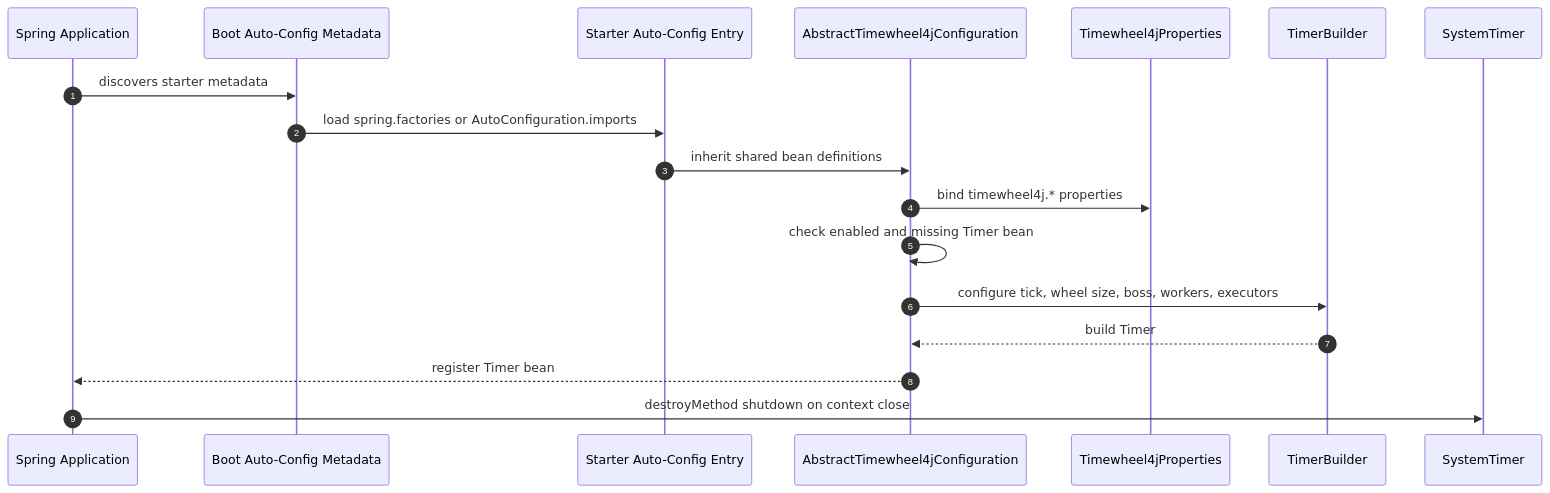
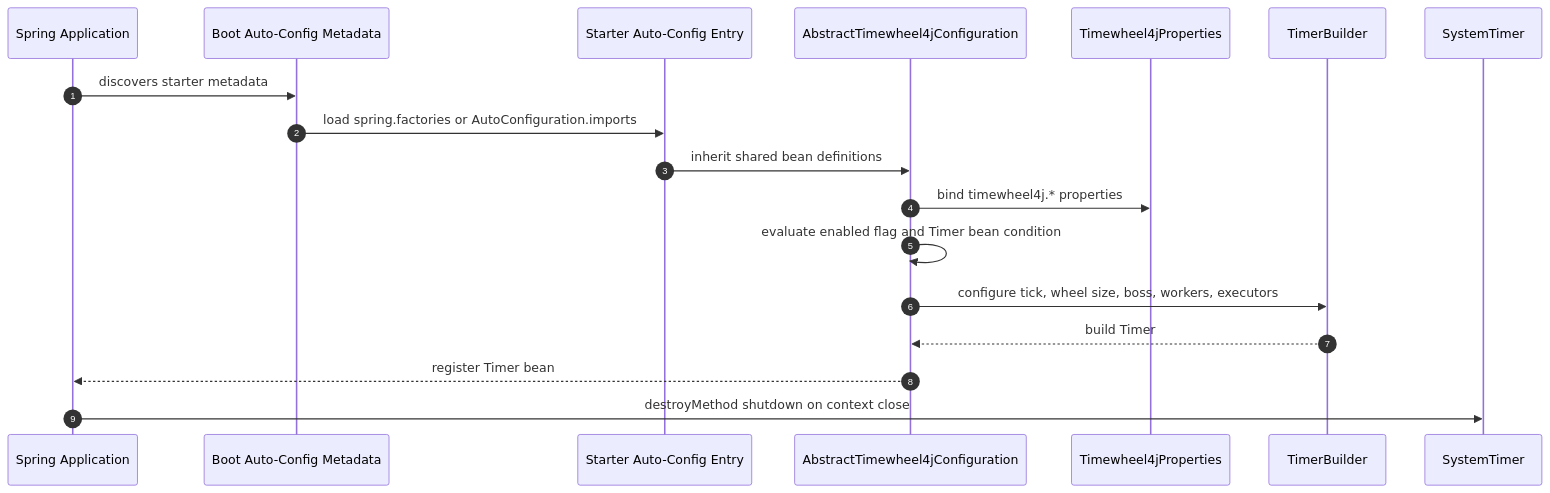
Before and after one commit to photowey/timewheel4j: the third of 10 diagrams in docs/architecture.md, drawn with Mermaid. The commit also changed other lines of this file and 3 other files, not shown here.

````diff
--- a/docs/architecture.md
+++ b/docs/architecture.md
@@ -93,21 +94,21 @@
 ```mermaid
 sequenceDiagram
     autonumber
     participant App as Spring Application
     participant Meta as Boot Auto-Config Metadata
     participant Entry as Starter Auto-Config Entry
     participant Shared as AbstractTimewheel4jConfiguration
     participant Props as Timewheel4jProperties
     participant Builder as TimerBuilder
     participant Timer as SystemTimer
 
     App->>Meta: discovers starter metadata
     Meta->>Entry: load spring.factories or AutoConfiguration.imports
     Entry->>Shared: inherit shared bean definitions
     Shared->>Props: bind timewheel4j.* properties
-    Shared->>Shared: check enabled and missing Timer bean
+    Shared->>Shared: evaluate enabled flag and Timer bean condition
     Shared->>Builder: configure tick, wheel size, boss, workers, executors
     Builder-->>Shared: build Timer
     Shared-->>App: register Timer bean
     App->>Timer: destroyMethod shutdown on context close
 ```
````
